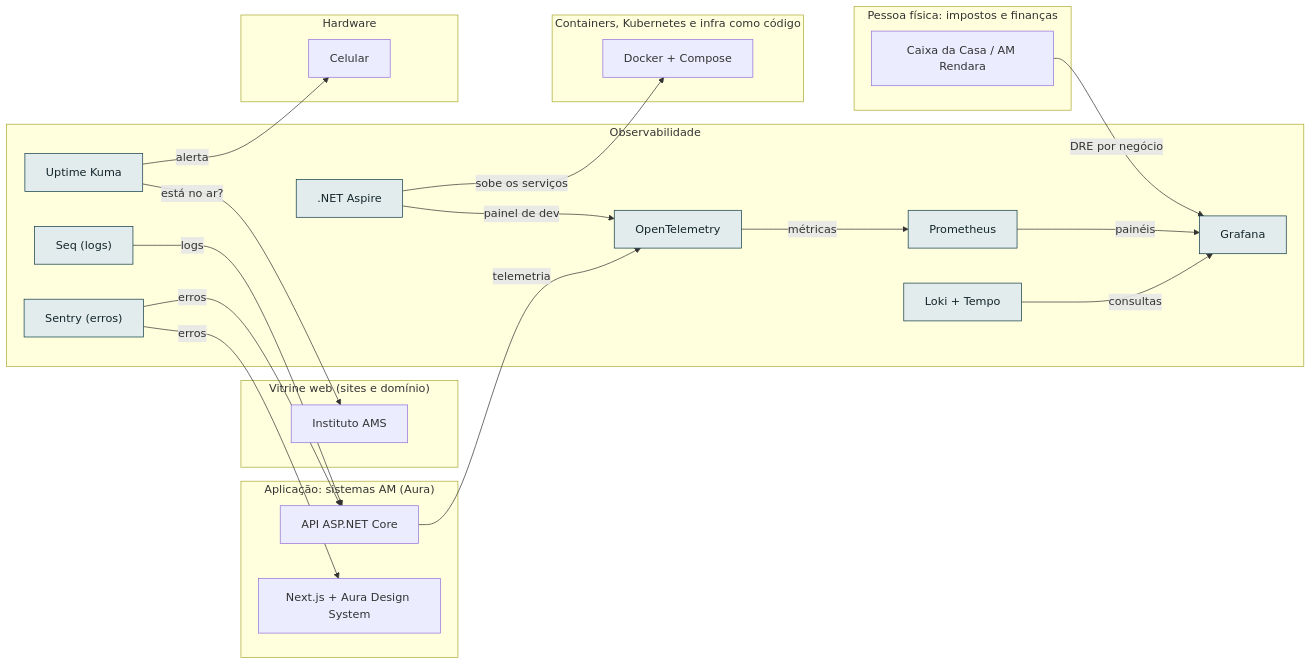
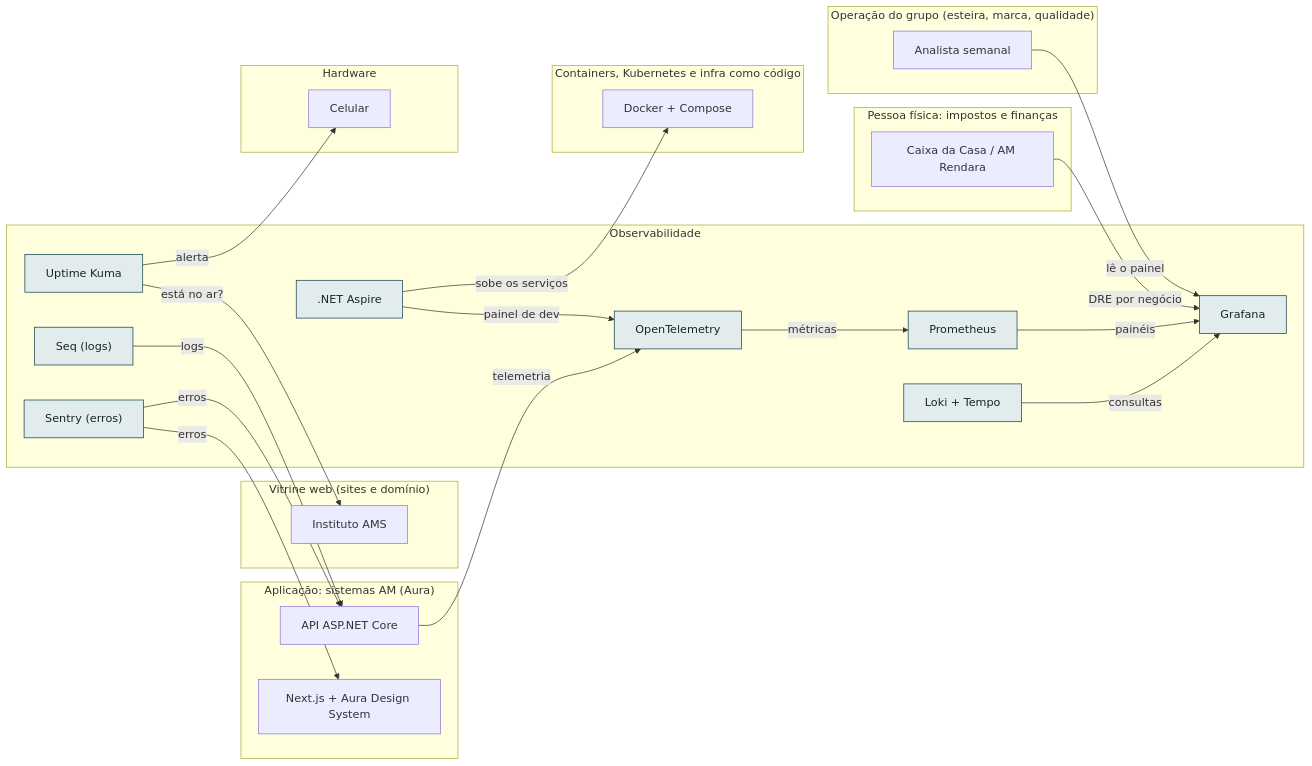
One commit to AlanMateus17/dev-setup changed the diagram in docs/camadas/09-obs.md. Above: the diagram before and after it, drawn with Mermaid. The commit also changed other lines of this file and 34 other files, not shown here.

First line of the commit message:
feat: operação do grupo e portfólio único de ofertas

````diff
--- a/docs/camadas/09-obs.md
+++ b/docs/camadas/09-obs.md
@@ -14,43 +14,47 @@
 ```mermaid
 flowchart LR
   subgraph L_obs["Observabilidade"]
     n_sentry["Sentry (erros)"]
     n_kuma["Uptime Kuma"]
     n_seq["Seq (logs)"]
     n_loki["Loki + Tempo"]
     n_otel["OpenTelemetry"]
     n_prom["Prometheus"]
     n_graf["Grafana"]
     n_aspire[".NET Aspire"]
+  end
+  subgraph L_oper["Operação do grupo (esteira, marca, qualidade)"]
+    n_oanal["Analista semanal"]
   end
   subgraph L_emp["Pessoa física: impostos e finanças"]
     n_caixa["Caixa da Casa / AM Rendara"]
   end
   subgraph L_web["Vitrine web (sites e domínio)"]
     n_inst["Instituto AMS"]
   end
   subgraph L_app["Aplicação: sistemas AM (Aura)"]
     n_api["API ASP.NET Core"]
     n_front["Next.js + Aura Design System"]
   end
   subgraph L_cnt["Containers, Kubernetes e infra como código"]
     n_docker["Docker + Compose"]
   end
   subgraph L_hw["Hardware"]
     n_cel["Celular"]
   end
   n_sentry -->|"erros"| n_api
   n_sentry -->|"erros"| n_front
   n_kuma -->|"está no ar?"| n_inst
   n_kuma -->|"alerta"| n_cel
   n_seq -->|"logs"| n_api
   n_loki -->|"consultas"| n_graf
   n_otel -->|"métricas"| n_prom
   n_api -->|"telemetria"| n_otel
   n_aspire -->|"painel de dev"| n_otel
   n_prom -->|"painéis"| n_graf
   n_caixa -->|"DRE por negócio"| n_graf
+  n_oanal -->|"lê o painel"| n_graf
   n_aspire -->|"sobe os serviços"| n_docker
   classDef desta fill:#e2ecec,stroke:#0e3a45,color:#13262b
   class n_sentry,n_kuma,n_seq,n_loki,n_otel,n_prom,n_graf,n_aspire desta
 ```
````
